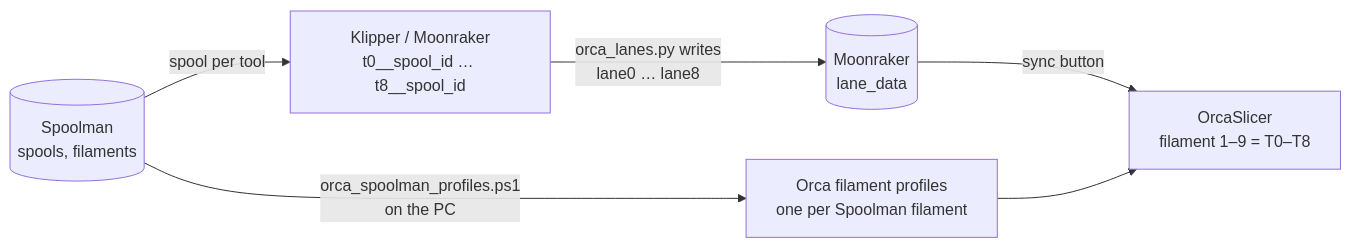
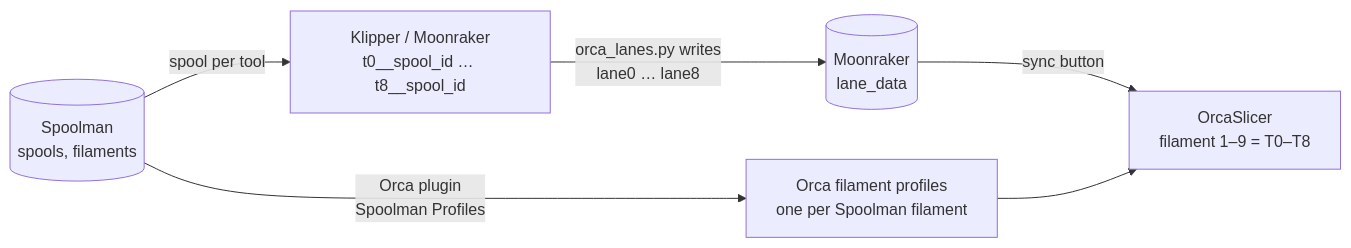
Before and after one commit to daum1988/indx-trident-350: the diagram in docs/ORCASLICER.md, drawn with Mermaid. The commit also changed other lines of this file and 8 other files, not shown here.

First line of the commit message:
Orca: plugin "Spoolman Profiles" replaces the PowerShell profile script

````diff
--- a/docs/ORCASLICER.md
+++ b/docs/ORCASLICER.md
@@ -38,8 +38,8 @@
 ```mermaid
 flowchart LR
     SM[(Spoolman<br/>spools, filaments)] -->|spool per tool| K[Klipper / Moonraker<br/>t0__spool_id … t8__spool_id]
     K -->|orca_lanes.py writes<br/>lane0 … lane8| L[(Moonraker<br/>lane_data)]
     L -->|sync button| O[OrcaSlicer<br/>filament 1–9 = T0–T8]
-    SM -->|orca_spoolman_profiles.ps1<br/>on the PC| P[Orca filament profiles<br/>one per Spoolman filament]
+    SM -->|Orca plugin<br/>Spoolman Profiles| P[Orca filament profiles<br/>one per Spoolman filament]
     P --> O
 ```
````
